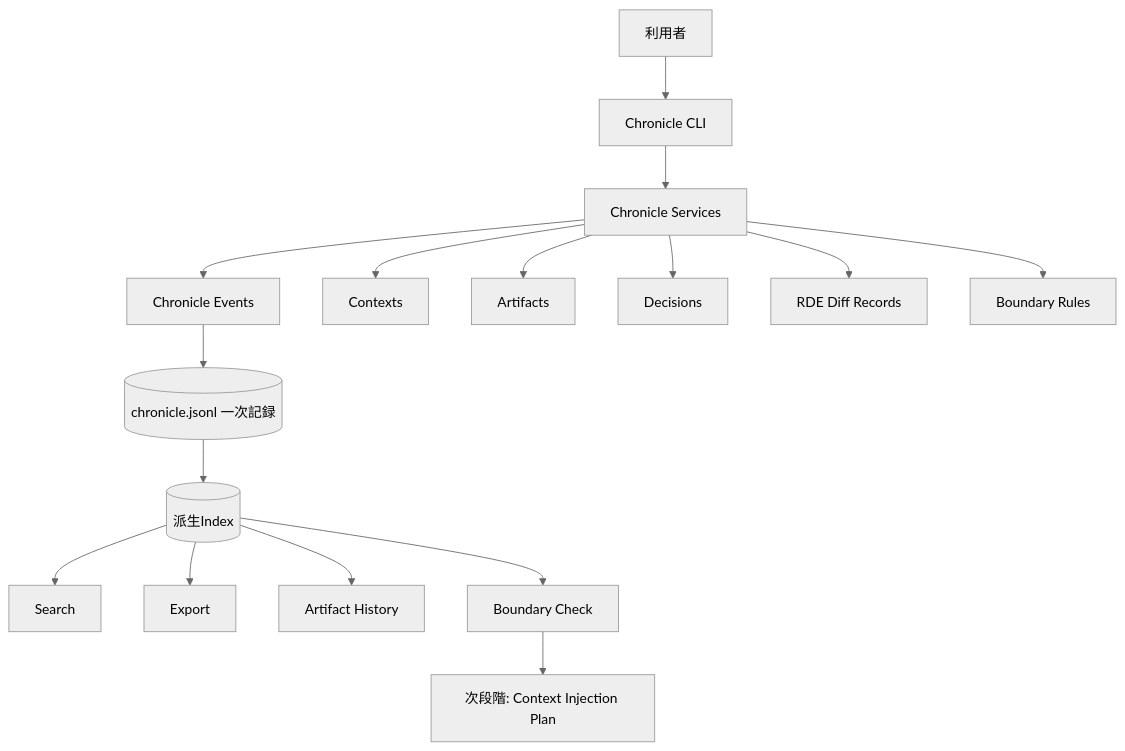
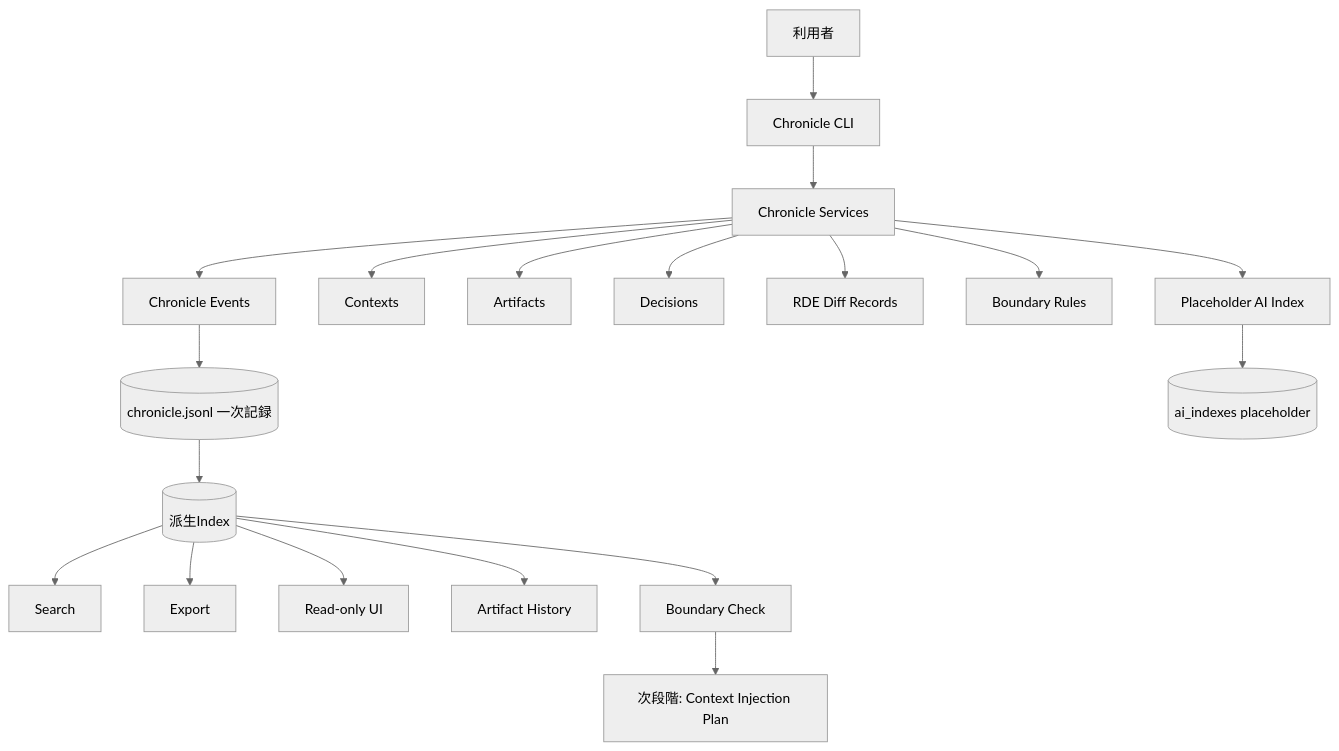
Before and after one commit to zyx-corporation/chronicle-stack: the first of 3 diagrams in docs/architecture.md, drawn with Mermaid (neutral theme). The commit also changed other lines of this file and 39 other files, not shown here.

````diff
--- a/docs/architecture.md
+++ b/docs/architecture.md
@@ -20,18 +21,21 @@
 ```mermaid
 flowchart TD
     U[利用者] --> CLI[Chronicle CLI]
     CLI --> S[Chronicle Services]
     S --> E[Chronicle Events]
     S --> C[Contexts]
     S --> A[Artifacts]
     S --> D[Decisions]
     S --> R[RDE Diff Records]
     S --> B[Boundary Rules]
+    S --> AI[Placeholder AI Index]
     E --> J[(chronicle.jsonl 一次記録)]
     J --> IDX[(派生Index)]
     IDX --> Search[Search]
     IDX --> Export[Export]
+    IDX --> UI[Read-only UI]
     IDX --> History[Artifact History]
     IDX --> Check[Boundary Check]
+    AI --> AIDX[(ai_indexes placeholder)]
     Check --> Plan[次段階: Context Injection Plan]
 ```
````
